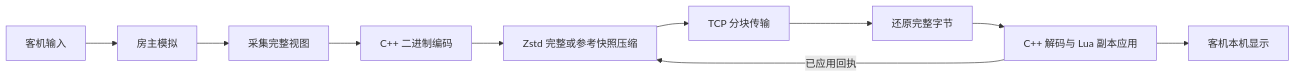
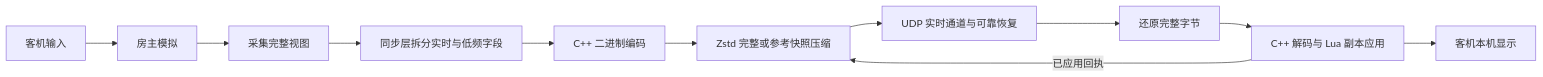
One commit to BMingSY/isaac-lan changed the diagram in docs/synchronization.md. Above: the diagram before and after it, drawn with Mermaid. The commit also changed other lines of this file and 154 other files, not shown here.

````diff
--- a/docs/synchronization.md
+++ b/docs/synchronization.md
@@ -7,12 +7,13 @@
 ```mermaid
 flowchart LR
     I[客机输入] --> H[房主模拟]
     H --> C[采集完整视图]
-    C --> E[C++ 二进制编码]
+    C --> L[同步层拆分实时与低频字段]
+    L --> E[C++ 二进制编码]
     E --> D[Zstd 完整或参考快照压缩]
-    D --> T[TCP 分块传输]
+    D --> T[UDP 实时通道与可靠恢复]
     T --> R[还原完整字节]
     R --> A[C++ 解码与 Lua 副本应用]
     A --> P[客机本机显示]
     A -->|已应用回执| D
 ```
````
